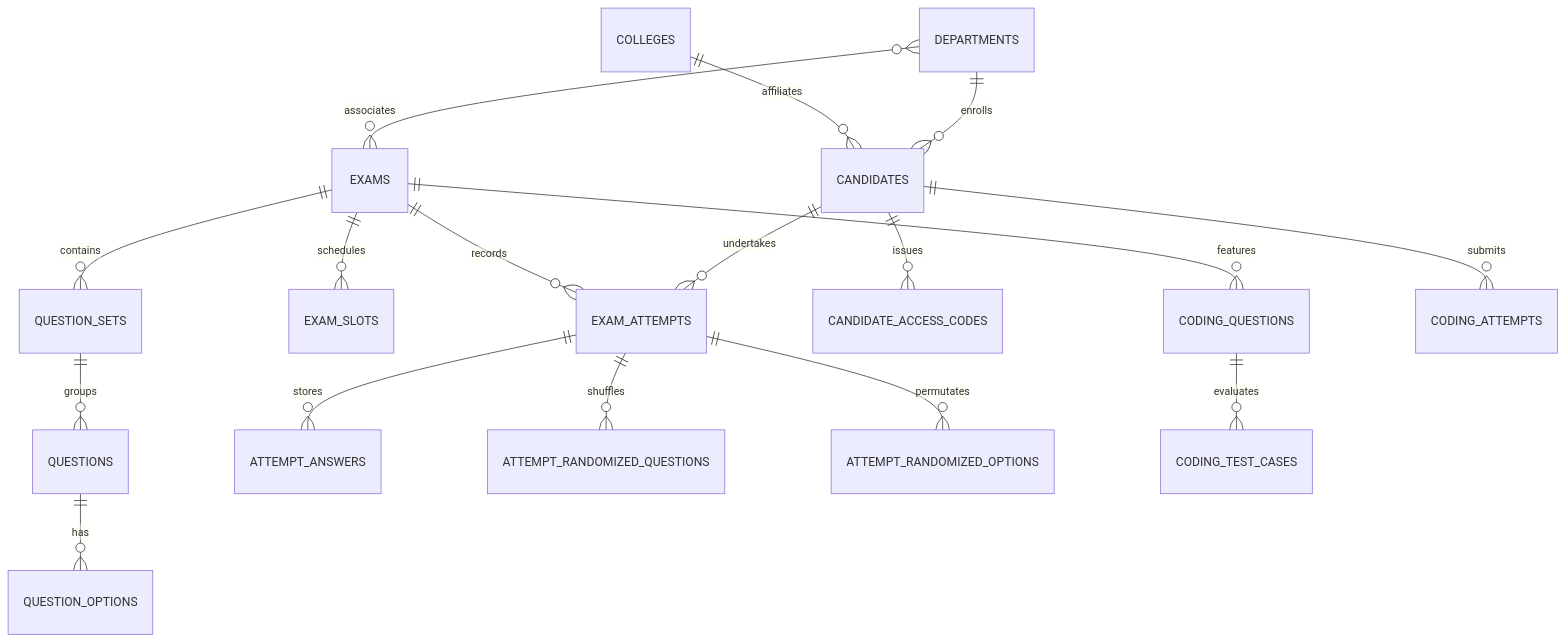
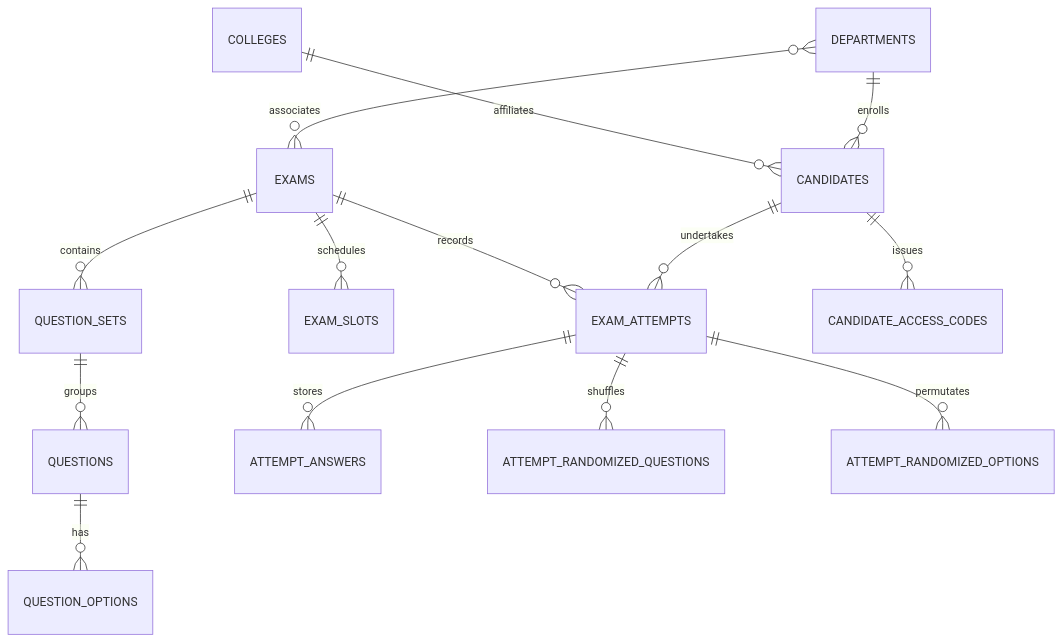
The third of 3 diagrams in PRODUCT_REQUIREMENT_DOCUMENT.md (Kss-Official/KSS-EXAM-PLATFORM), drawn with Mermaid before and after one commit. The commit also changed other lines of this file, not shown here.

Commit message:
docs: remove Round 2 technical coding references from PRD, focus on MCQ assessment

````diff
--- a/PRODUCT_REQUIREMENT_DOCUMENT.md
+++ b/PRODUCT_REQUIREMENT_DOCUMENT.md
@@ -205,19 +187,16 @@
 ```mermaid
 erDiagram
     COLLEGES ||--o{ CANDIDATES : "affiliates"
     DEPARTMENTS ||--o{ CANDIDATES : "enrolls"
     DEPARTMENTS }o--o{ EXAMS : "associates"
     EXAMS ||--o{ QUESTION_SETS : "contains"
     EXAMS ||--o{ EXAM_SLOTS : "schedules"
     EXAMS ||--o{ EXAM_ATTEMPTS : "records"
     QUESTION_SETS ||--o{ QUESTIONS : "groups"
     QUESTIONS ||--o{ QUESTION_OPTIONS : "has"
     CANDIDATES ||--o{ CANDIDATE_ACCESS_CODES : "issues"
     CANDIDATES ||--o{ EXAM_ATTEMPTS : "undertakes"
     EXAM_ATTEMPTS ||--o{ ATTEMPT_ANSWERS : "stores"
     EXAM_ATTEMPTS ||--o{ ATTEMPT_RANDOMIZED_QUESTIONS : "shuffles"
     EXAM_ATTEMPTS ||--o{ ATTEMPT_RANDOMIZED_OPTIONS : "permutates"
-    EXAMS ||--o{ CODING_QUESTIONS : "features"
-    CODING_QUESTIONS ||--o{ CODING_TEST_CASES : "evaluates"
-    CANDIDATES ||--o{ CODING_ATTEMPTS : "submits"
 ```
````
